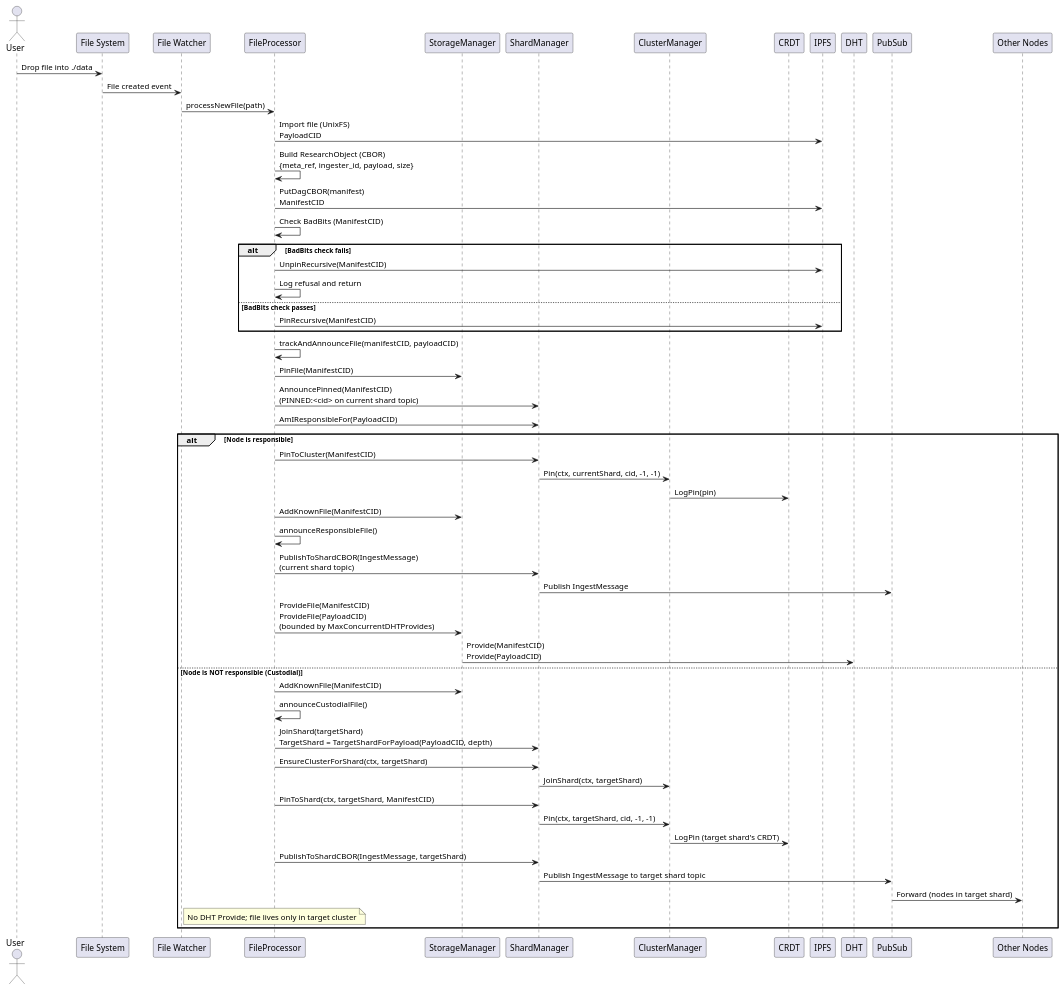
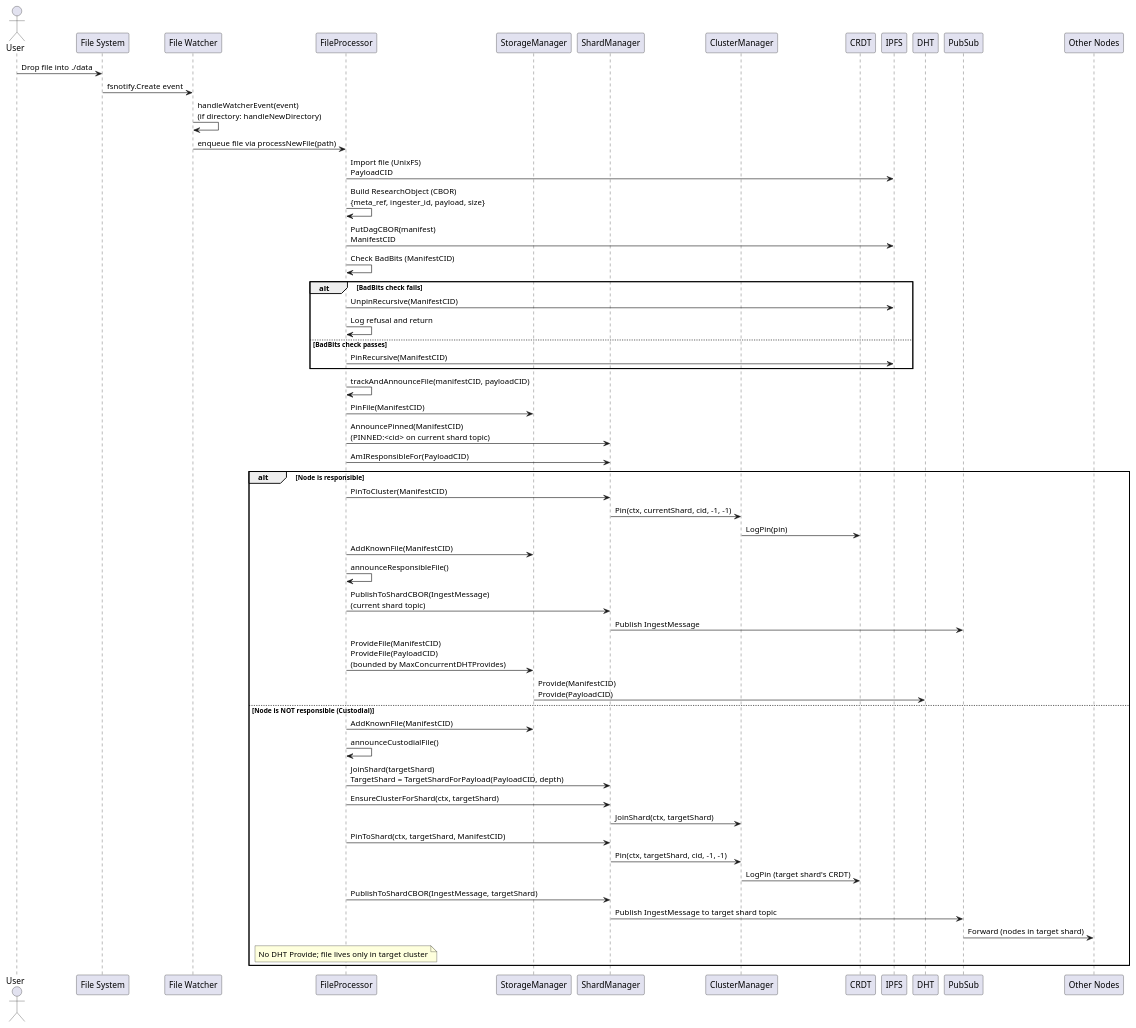
Before and after one commit to gipplab/D-LOCKSS: the diagram in docs/file_ingestion_sequence.puml, drawn with PlantUML. The commit also changed 81 other files, not shown here.

```diff
--- a/docs/file_ingestion_sequence.puml
+++ b/docs/file_ingestion_sequence.puml
@@ -1,61 +1,62 @@
 @startuml File Ingestion Sequence
 
 actor User
 participant "File System" as FS
 participant "File Watcher" as Watcher
 participant "FileProcessor" as FileOps
 participant "StorageManager" as Storage
 participant "ShardManager" as ShardMgr
 participant "ClusterManager" as ClusterMgr
 participant "CRDT" as CRDT
 participant "IPFS" as IPFS
 participant "DHT" as DHT
 participant "PubSub" as PubSub
 participant "Other Nodes" as Nodes
 
 User -> FS: Drop file into ./data
-FS -> Watcher: File created event
-Watcher -> FileOps: processNewFile(path)
+FS -> Watcher: fsnotify.Create event
+Watcher -> Watcher: handleWatcherEvent(event)\n(if directory: handleNewDirectory)
+Watcher -> FileOps: enqueue file via processNewFile(path)
 
 FileOps -> IPFS: Import file (UnixFS)\nPayloadCID
 FileOps -> FileOps: Build ResearchObject (CBOR)\n{meta_ref, ingester_id, payload, size}
 FileOps -> IPFS: PutDagCBOR(manifest)\nManifestCID
 FileOps -> FileOps: Check BadBits (ManifestCID)
 alt BadBits check fails
     FileOps -> IPFS: UnpinRecursive(ManifestCID)
     FileOps -> FileOps: Log refusal and return
 else BadBits check passes
     FileOps -> IPFS: PinRecursive(ManifestCID)
 end
 
 FileOps -> FileOps: trackAndAnnounceFile(manifestCID, payloadCID)
 FileOps -> Storage: PinFile(ManifestCID)
 FileOps -> ShardMgr: AnnouncePinned(ManifestCID)\n(PINNED:<cid> on current shard topic)
 FileOps -> ShardMgr: AmIResponsibleFor(PayloadCID)
 
 alt Node is responsible
     FileOps -> ShardMgr: PinToCluster(ManifestCID)
     ShardMgr -> ClusterMgr: Pin(ctx, currentShard, cid, -1, -1)
     ClusterMgr -> CRDT: LogPin(pin)
     FileOps -> Storage: AddKnownFile(ManifestCID)
     FileOps -> FileOps: announceResponsibleFile()
     FileOps -> ShardMgr: PublishToShardCBOR(IngestMessage)\n(current shard topic)
     ShardMgr -> PubSub: Publish IngestMessage
     FileOps -> Storage: ProvideFile(ManifestCID)\nProvideFile(PayloadCID)\n(bounded by MaxConcurrentDHTProvides)
     Storage -> DHT: Provide(ManifestCID)\nProvide(PayloadCID)
 else Node is NOT responsible (Custodial)
     FileOps -> Storage: AddKnownFile(ManifestCID)
     FileOps -> FileOps: announceCustodialFile()
     FileOps -> ShardMgr: JoinShard(targetShard)\nTargetShard = TargetShardForPayload(PayloadCID, depth)
     FileOps -> ShardMgr: EnsureClusterForShard(ctx, targetShard)
     ShardMgr -> ClusterMgr: JoinShard(ctx, targetShard)
     FileOps -> ShardMgr: PinToShard(ctx, targetShard, ManifestCID)
     ShardMgr -> ClusterMgr: Pin(ctx, targetShard, cid, -1, -1)
     ClusterMgr -> CRDT: LogPin (target shard's CRDT)
     FileOps -> ShardMgr: PublishToShardCBOR(IngestMessage, targetShard)
     ShardMgr -> PubSub: Publish IngestMessage to target shard topic
     PubSub -> Nodes: Forward (nodes in target shard)
     Note over FileOps: No DHT Provide; file lives only in target cluster
 end
 
 @enduml
```
